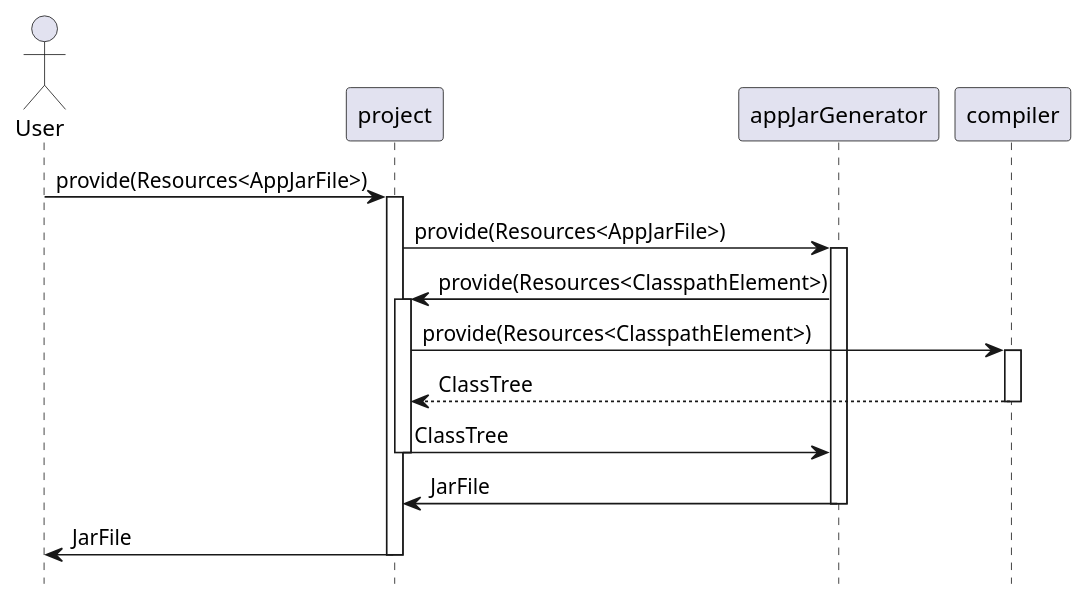
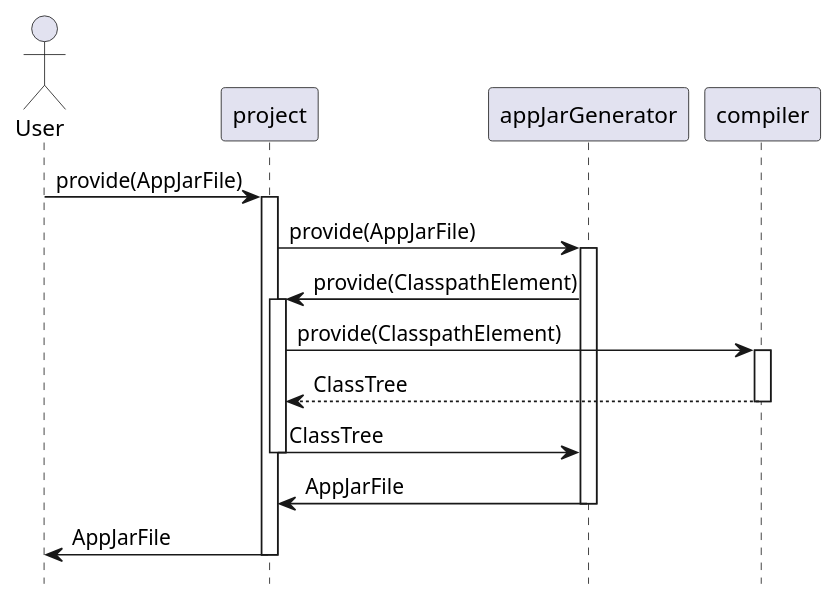
Before and after one commit to mnlipp/JDrupes-Builder: the fourth of 5 diagrams in overview.md, drawn with PlantUML. The commit also changed other lines of this file and 2 other files, not shown here.

```diff
--- a/overview.md
+++ b/overview.md
@@ -41,22 +43,22 @@
 @startuml build-appjar-project.svg
 scale 1.075
 hide footbox
 
 actor User as user
-user -> project : provide(Resources<AppJarFile>)
+user -> project : provide(AppJarFile)
 activate project
-project -> appJarGenerator : provide(Resources<AppJarFile>)
+project -> appJarGenerator : provide(AppJarFile)
 activate appJarGenerator
-appJarGenerator -> project : provide(Resources<ClasspathElement>)
+appJarGenerator -> project : provide(ClasspathElement)
 activate project
-project -> compiler : provide(Resources<ClasspathElement>)
+project -> compiler : provide(ClasspathElement)
 activate compiler
 compiler --> project: ClassTree
 deactivate compiler
 project -> appJarGenerator : ClassTree
 deactivate project
-appJarGenerator -> project : JarFile
+appJarGenerator -> project : AppJarFile
 deactivate appJarGenerator
-project -> user : JarFile
+project -> user : AppJarFile
 deactivate project
 @enduml
```
